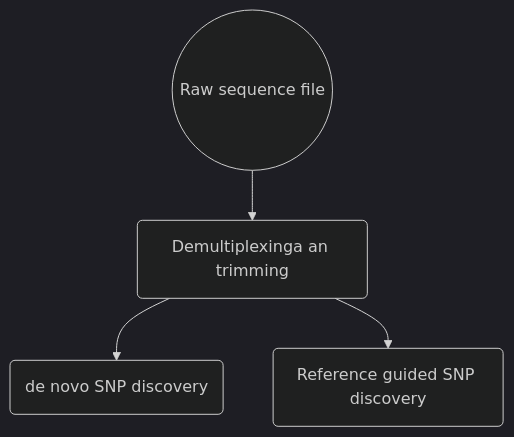
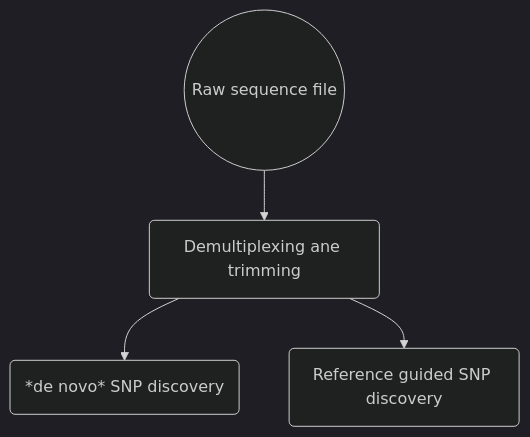
Before and after one commit to UC-ConSERT/Welcome-to-ConSERT: the diagram in 5_Intro_to_GBSdata/README.md, drawn with Mermaid (dark theme). The commit also changed other lines of this file, not shown here.

Commit message:
Update GBS README

````diff
--- a/5_Intro_to_GBSdata/README.md
+++ b/5_Intro_to_GBSdata/README.md
@@ -4,6 +4,6 @@
  ```mermaid
  flowchart TD
     A((Raw sequence file)) --> B(Demultiplexing and trimming)
-    B(Demultiplexing and trimming) --> C(de novo SNP discovery)
-    B(Demultiplexinga an trimming) --> D(Reference guided SNP discovery)
+    B(Demultiplexing and trimming) --> C(*de novo* SNP discovery)
+    B(Demultiplexing ane trimming) --> D(Reference guided SNP discovery)
 ```
````
